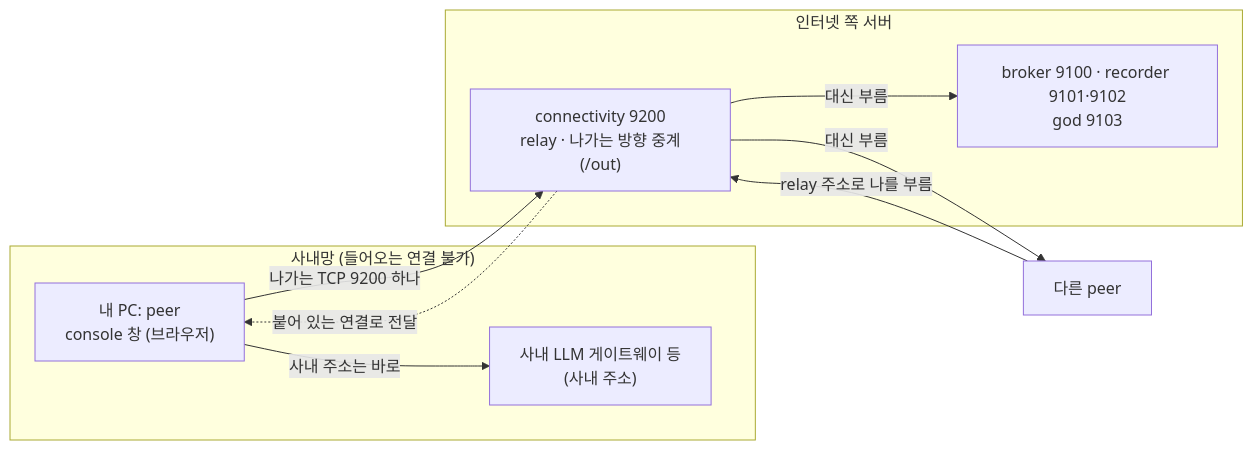
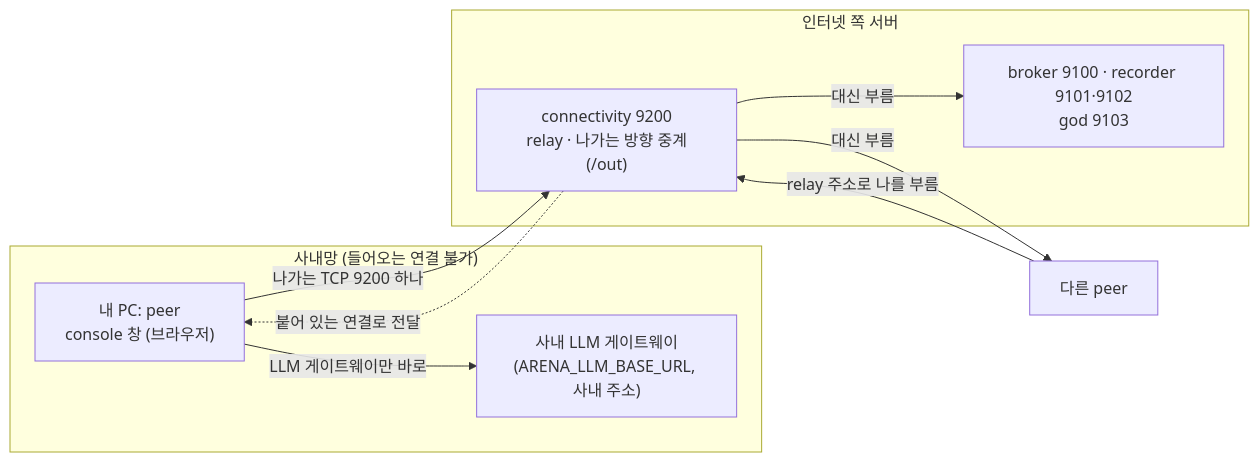
The first of 2 diagrams in docs/peer-manual.md (tanminkwan/share-ur-tokens), drawn with Mermaid before and after one commit. The commit also changed other lines of this file and 9 other files, not shown here.

````diff
--- a/docs/peer-manual.md
+++ b/docs/peer-manual.md
@@ -9,18 +9,18 @@
 ```mermaid
 flowchart LR
     subgraph IN["사내망 (들어오는 연결 불가)"]
         P["내 PC: peer<br/>console 창 (브라우저)"]
-        L["사내 LLM 게이트웨이 등<br/>(사내 주소)"]
+        L["사내 LLM 게이트웨이<br/>(ARENA_LLM_BASE_URL, 사내 주소)"]
     end
     subgraph NET["인터넷 쪽 서버"]
         C["connectivity 9200<br/>relay · 나가는 방향 중계(/out)"]
         B["broker 9100 · recorder 9101·9102<br/>god 9103"]
     end
     O["다른 peer"]
     P -- "나가는 TCP 9200 하나" --> C
     C -- "대신 부름" --> B
     C -- "대신 부름" --> O
     O -- "relay 주소로 나를 부름" --> C
     C -. "붙어 있는 연결로 전달" .-> P
-    P -- "사내 주소는 바로" --> L
+    P -- "LLM 게이트웨이만 바로" --> L
 ```
````
